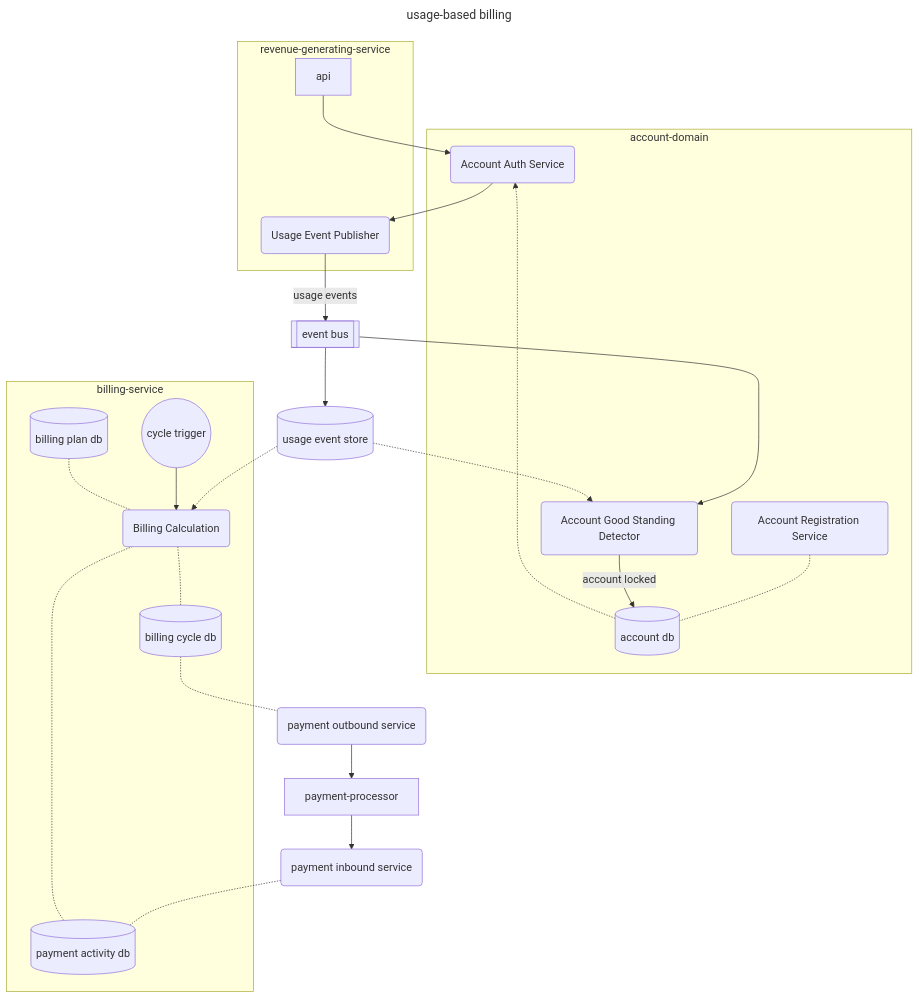
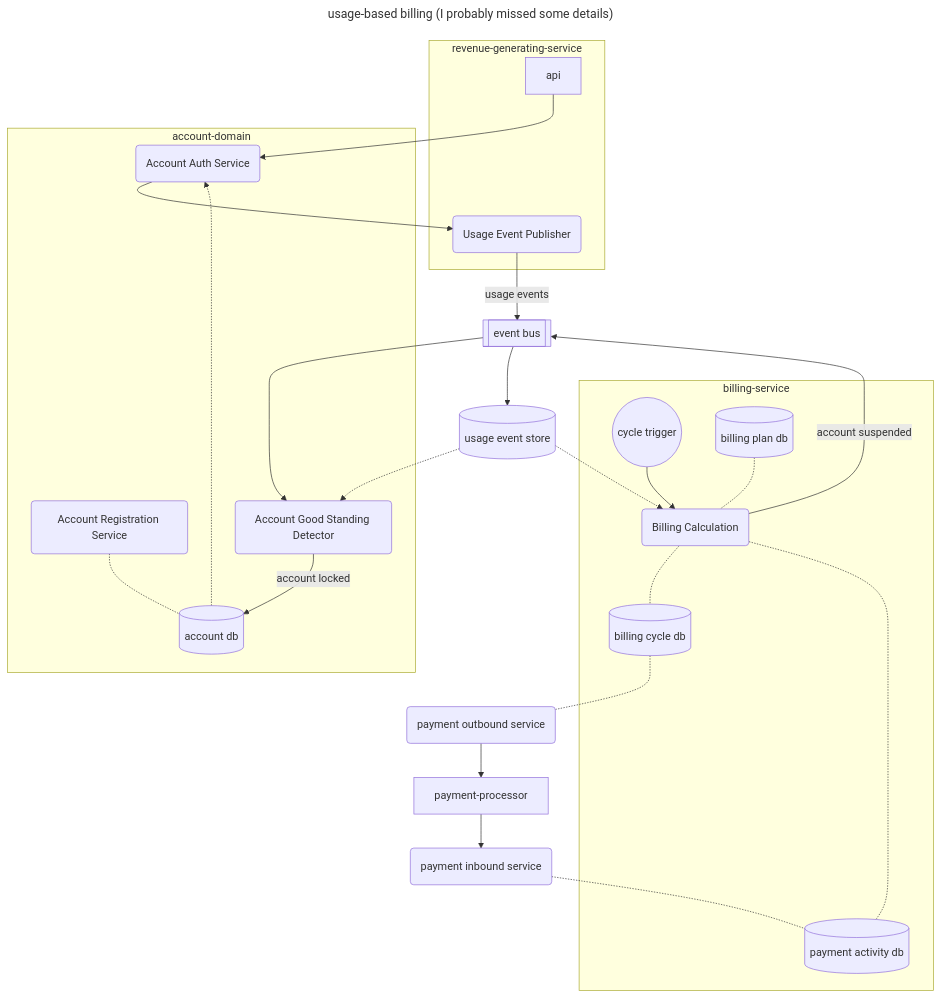
One commit to marlonchen/catch-a-train changed the second of 2 diagrams in progress.md. Above: the diagram before and after it, drawn with Mermaid. The commit also changed 4 other files, not shown here.

````diff
--- a/progress.md
+++ b/progress.md
@@ -167,37 +167,38 @@
 ```mermaid
 ---
-title: usage-based billing
+title: usage-based billing (I probably missed some details)
 ---
 flowchart TB
 
   subgraph revenue-generating-service
     api
     usage-capturer(Usage Event Publisher)
   end
 
   api --> account-auth
   account-auth --> usage-capturer
 
   subgraph account-domain
     account-reg(Account Registration Service)-.- account-db[(account db)]
     good-standing(Account Good Standing Detector) -- account locked --> account-db
     account-db -.-> account-auth(Account Auth Service)
   end
 
   usage-capturer -- usage events --> ebus1[[event bus]]
   ebus1 --> event-store[(usage event store)]
   ebus1 --> good-standing
   event-store -.-> good-standing
   event-store -.-> billing-calc
+  billing-calc --account suspended--> ebus1
 
   subgraph billing-service
     trigger((cycle trigger)) --> billing-calc(Billing Calculation)
     rules[(billing plan db)] -.- billing-calc
     payment-db[(payment activity db)] -.- billing-calc
     billing-calc -.- cycle-db[(billing cycle db)]
   end
 
   cycle-db -.- payment-outbound(payment outbound service)
   payment-outbound --> payment-processor --> payment-inbound
   payment-inbound(payment inbound service) -.- payment-db
 ```
````
